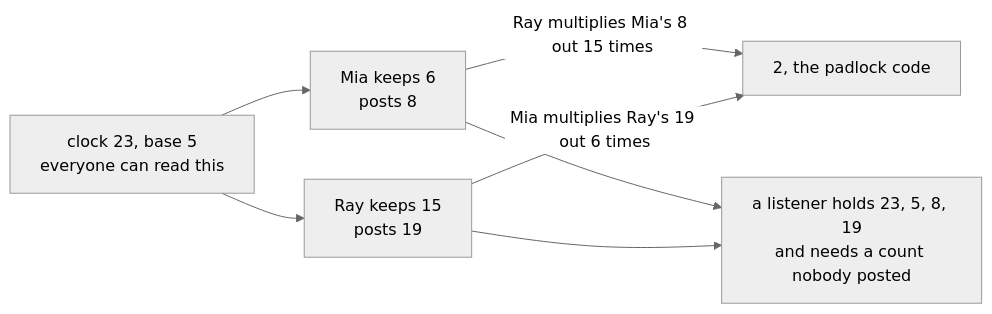
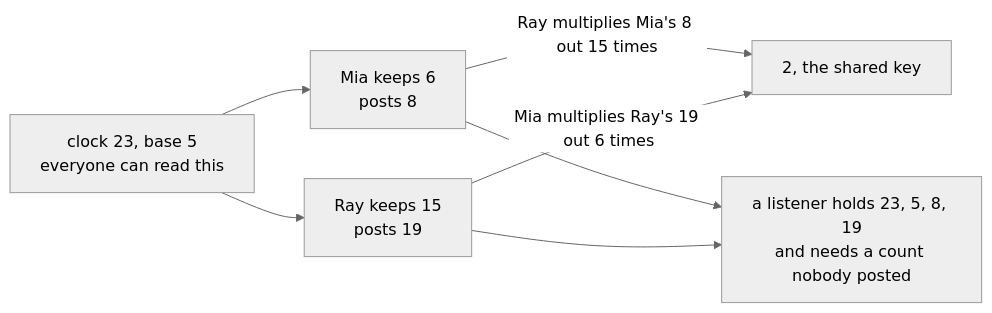
One commit to wappy-x/Mathematics changed the diagram in Cards/02-Number theory/06-Codes and Secrets/02-diffie-hellman.md. Above: the diagram before and after it, drawn with Mermaid (neutral theme). The commit also changed other lines of this file and 12 other files, not shown here.

````diff
--- a/Cards/02-Number theory/06-Codes and Secrets/02-diffie-hellman.md
+++ b/Cards/02-Number theory/06-Codes and Secrets/02-diffie-hellman.md
@@ -23,9 +25,9 @@
 ```mermaid
 flowchart LR
   A["clock 23, base 5<br>everyone can read this"] --> B["Mia keeps 6<br>posts 8"]
   A --> C["Ray keeps 15<br>posts 19"]
-  B -->|"Ray multiplies Mia's 8 out 15 times"| D["2, the padlock code"]
+  B -->|"Ray multiplies Mia's 8 out 15 times"| D["2, the shared key"]
   C -->|"Mia multiplies Ray's 19 out 6 times"| D
   B --> E["a listener holds 23, 5, 8, 19<br>and needs a count nobody posted"]
   C --> E
 ```
````
